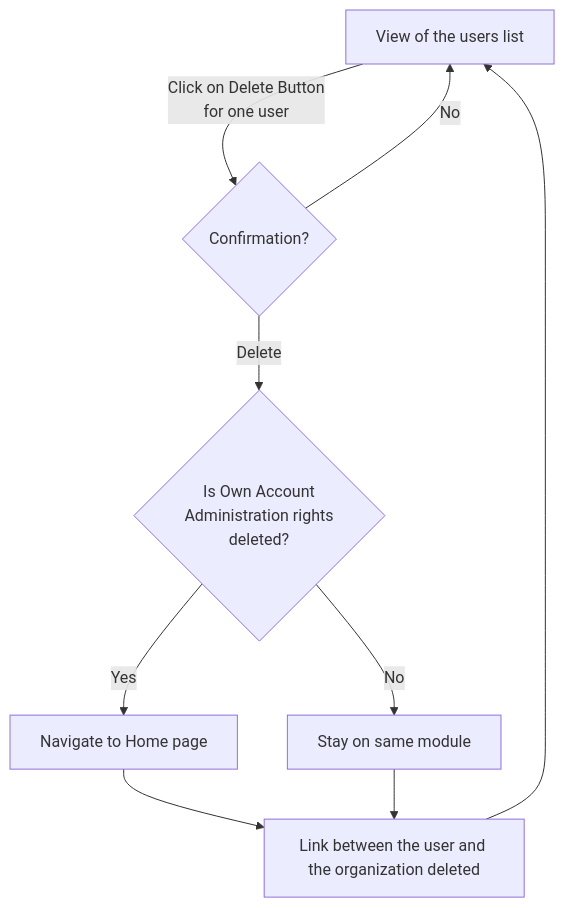
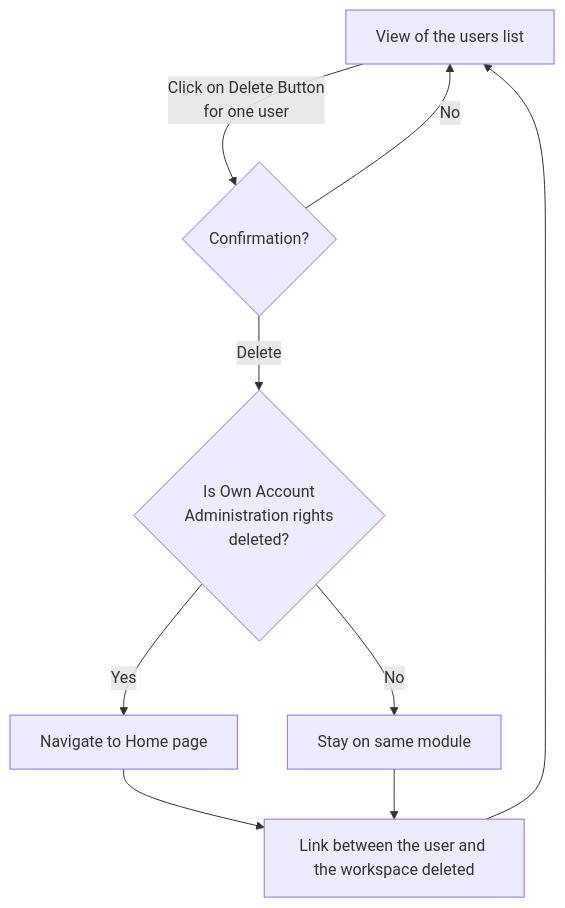
One commit to teamg4it/g4it changed the first of 2 diagrams in services/documentation/content/2-functional-documentation/use_cases/uc_administration/uc_administration_manage_users/uc3_delete_roles.md. Above: the diagram before and after it, drawn with Mermaid. The commit also changed other lines of this file and 92 other files, not shown here.

```diff
--- a/services/documentation/content/2-functional-documentation/use_cases/uc_administration/uc_administration_manage_users/uc3_delete_roles.md
+++ b/services/documentation/content/2-functional-documentation/use_cases/uc_administration/uc_administration_manage_users/uc3_delete_roles.md
@@ -27,8 +27,8 @@
 {{< mermaid >}}
 graph TD;
 Step1[View of the users list] --> |Click on Delete Button<br> for one user|Decision1{Confirmation?}
 Decision1 -->|Delete|Decision2{Is Own Account<br> Administration rights<br> deleted?}
 Decision1 -->|No|Step1
 Decision2 --> |Yes|Step2[Navigate to Home page] --> Step4
-Decision2 --> |No|Step3[Stay on same module] --> Step4[Link between the user and the organization deleted] --> Step1
+Decision2 --> |No|Step3[Stay on same module] --> Step4[Link between the user and the workspace deleted] --> Step1
 {{< /mermaid >}}
```
